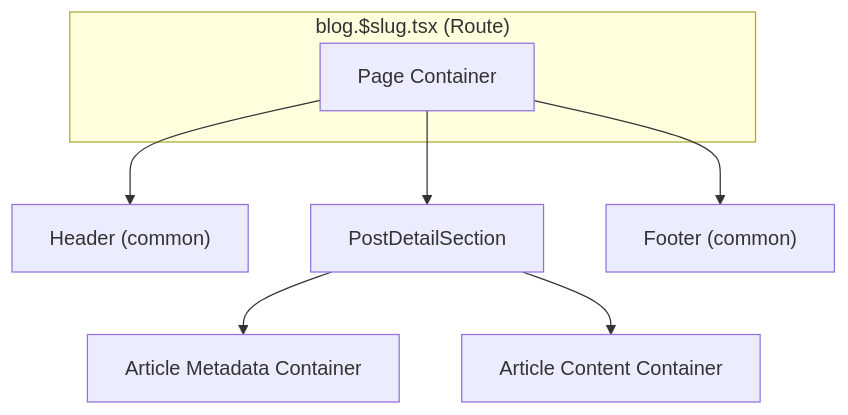
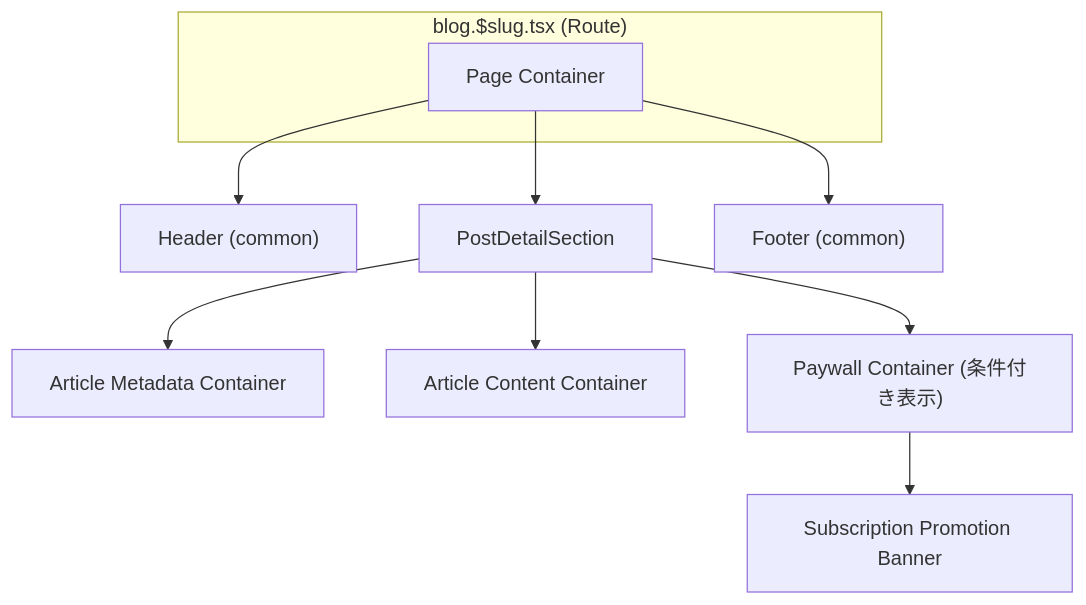
One commit to tezuka-Akihiro/ClaudeMix changed the diagram in develop/blog/post-detail/uiux-spec.md. Above: the diagram before and after it, drawn with Mermaid. The commit also changed other lines of this file and 138 other files, not shown here.

````diff
--- a/develop/blog/post-detail/uiux-spec.md
+++ b/develop/blog/post-detail/uiux-spec.md
@@ -82,13 +88,16 @@
 ```mermaid
 graph TD
     subgraph Route["blog.$slug.tsx (Route)"]
         Page["Page Container"]
     end
 
     Page --> Header["Header (common)"]
     Page --> Section["PostDetailSection"]
     Page --> Footer["Footer (common)"]
 
     Section --> MetaArea["Article Metadata Container"]
     Section --> ContentArea["Article Content Container"]
+    Section --> PaywallArea["Paywall Container (条件付き表示)"]
+
+    PaywallArea --> PromotionBanner["Subscription Promotion Banner"]
 ```
````
